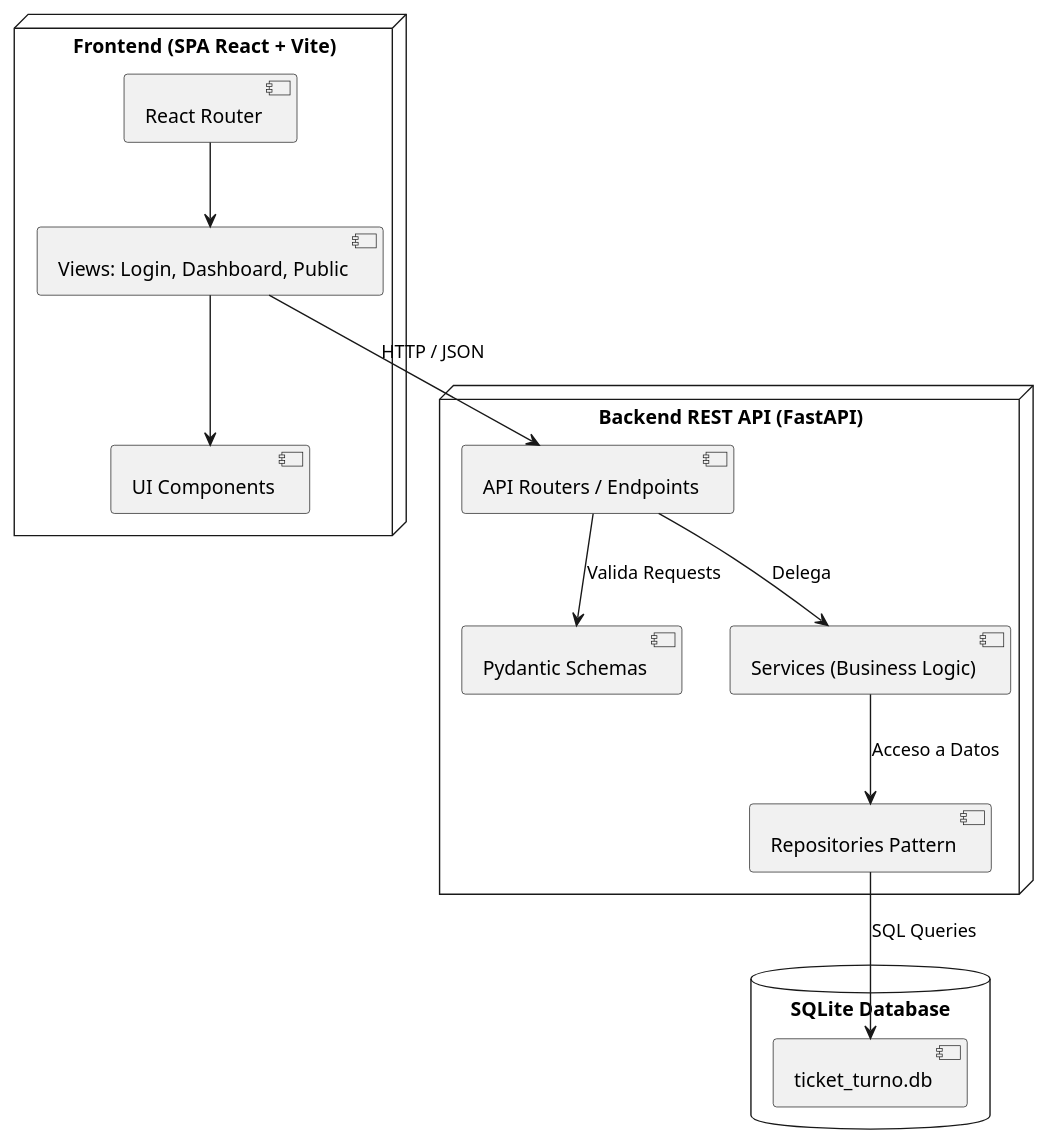
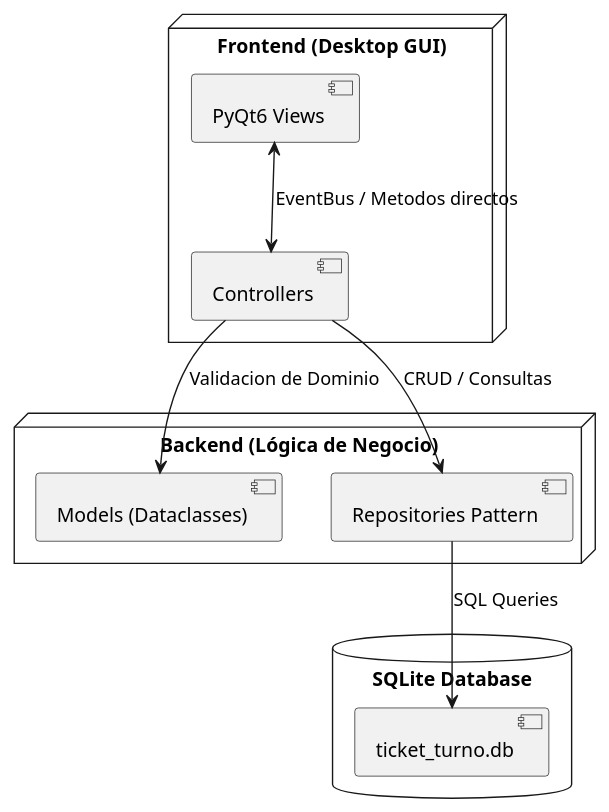
One commit to Xxnoubmaster69xX/Proyecto-tickets changed the diagram in diagrama_arquitectura.puml. Above: the diagram before and after it, drawn with PlantUML. The commit also changed 14 other files, not shown here.

Commit message:
fix: corregir bugs de MVC, regex CURP y renderizar diagramas

```diff
--- a/diagrama_arquitectura.puml
+++ b/diagrama_arquitectura.puml
@@ -1,30 +1,24 @@
 @startuml
 skinparam componentStyle uml2
 
-node "Frontend (SPA React + Vite)" {
-    component "UI Components" as UI
-    component "React Router" as Router
-    component "Views: Login, Dashboard, Public" as Pages
+node "Frontend (Desktop GUI)" {
+    component "PyQt6 Views" as UI
+    component "Controllers" as Controllers
     
-    Router --> Pages
-    Pages --> UI
+    UI <--> Controllers : EventBus / Metodos directos
 }
 
-node "Backend REST API (FastAPI)" {
-    component "API Routers / Endpoints" as Controllers
-    component "Pydantic Schemas" as Schemas
-    component "Services (Business Logic)" as Services
+node "Backend (Lógica de Negocio)" {
+    component "Models (Dataclasses)" as Models
     component "Repositories Pattern" as Repos
     
-    Controllers --> Schemas : Valida Requests
-    Controllers --> Services : Delega
-    Services --> Repos : Acceso a Datos
+    Controllers --> Models : Validacion de Dominio
+    Controllers --> Repos : CRUD / Consultas
 }
 
 database "SQLite Database" {
     component "ticket_turno.db" as DB
 }
 
-Pages --> Controllers : HTTP / JSON
 Repos --> DB : SQL Queries
 @enduml
```
